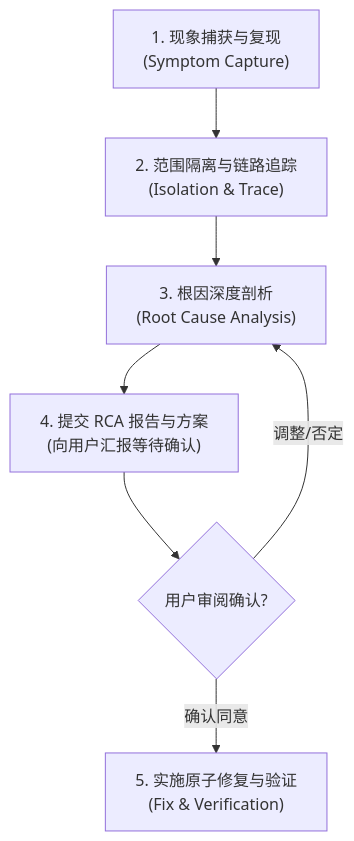
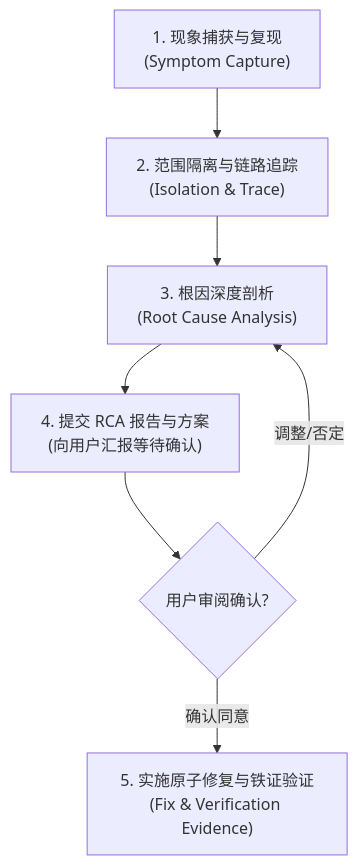
Before and after one commit to Garfield247/agent-skill-systematic-debugging: the diagram in skills/systematic-debugging/SKILL.md, drawn with Mermaid. The commit also changed other lines of this file and 1 other file, not shown here.

````diff
--- a/skills/systematic-debugging/SKILL.md
+++ b/skills/systematic-debugging/SKILL.md
@@ -45,9 +53,9 @@
 ```mermaid
 flowchart TD
     A["1. 现象捕获与复现<br/>(Symptom Capture)"] --> B["2. 范围隔离与链路追踪<br/>(Isolation & Trace)"]
     B --> C["3. 根因深度剖析<br/>(Root Cause Analysis)"]
     C --> D["4. 提交 RCA 报告与方案<br/>(向用户汇报等待确认)"]
     D --> E{"用户审阅确认?"}
     E -- 调整/否定 --> C
-    E -- 确认同意 --> F["5. 实施原子修复与验证<br/>(Fix & Verification)"]
+    E -- 确认同意 --> F["5. 实施原子修复与铁证验证<br/>(Fix & Verification Evidence)"]
 ```
````
